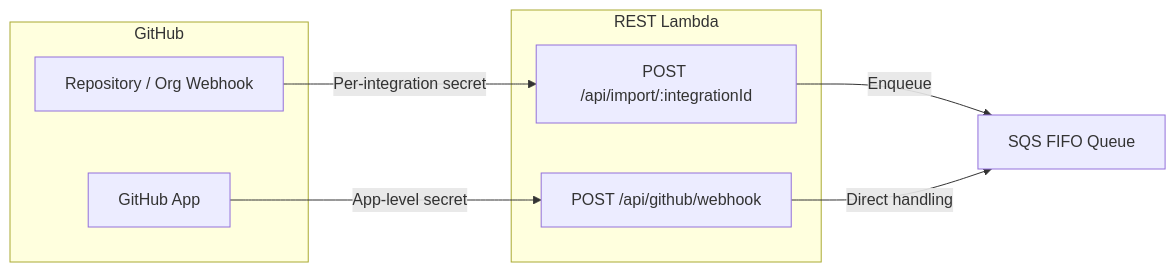
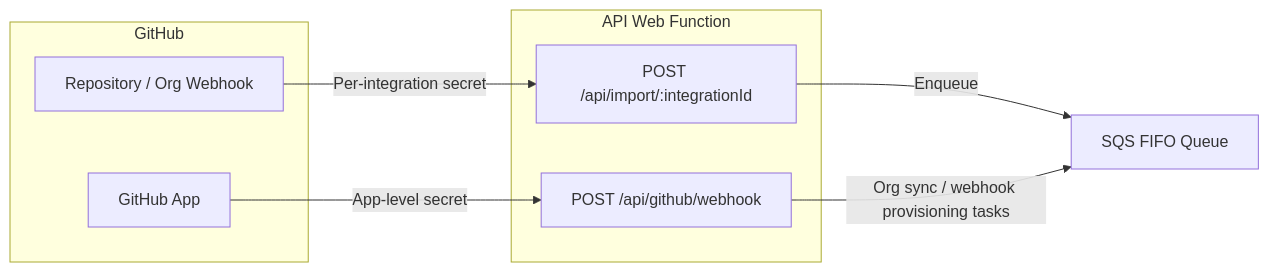
Before and after one commit to Mi3-14159/GitGazer: the first of 3 diagrams in apps/docs/docs/technical/webhook-pipeline.md, drawn with Mermaid. The commit also changed other lines of this file and 27 other files, not shown here.

````diff
--- a/apps/docs/docs/technical/webhook-pipeline.md
+++ b/apps/docs/docs/technical/webhook-pipeline.md
@@ -15,19 +15,19 @@
 ```mermaid
 graph LR
     subgraph GitHub
         REPO["Repository / Org Webhook"]
         APP["GitHub App"]
     end
 
-    subgraph "REST Lambda"
+    subgraph "API Web Function"
         IW["POST /api/import/:integrationId"]
         AW["POST /api/github/webhook"]
     end
 
     SQS["SQS FIFO Queue"]
 
     REPO -- "Per-integration secret" --> IW
     APP -- "App-level secret" --> AW
     IW -- "Enqueue" --> SQS
-    AW -- "Direct handling" --> SQS
+    AW -- "Org sync / webhook provisioning tasks" --> SQS
 ```
````
